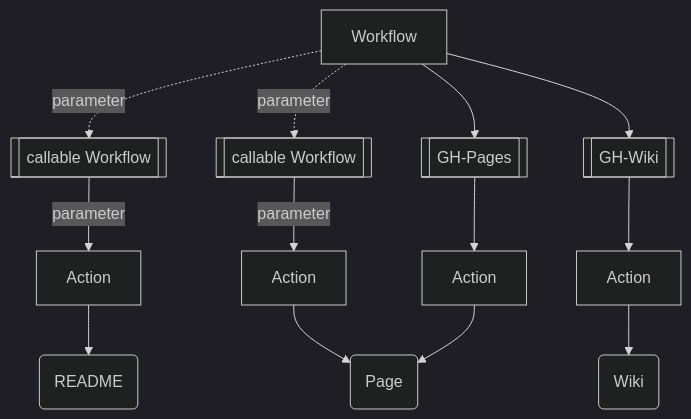
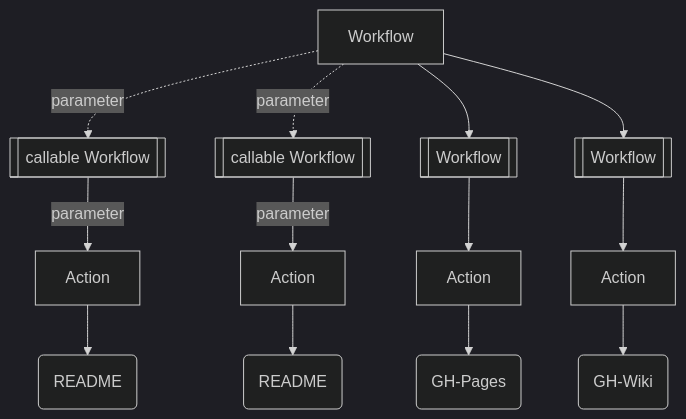
One commit to Zheng-Bote/repo-template changed the third of 5 diagrams in README.md. Above: the diagram before and after it, drawn with Mermaid (dark theme). The commit also changed other lines of this file, not shown here.

Commit message:
feat: README extenden

````diff
--- a/README.md
+++ b/README.md
@@ -226,15 +226,18 @@
 ```mermaid
 flowchart TD;
     A[Workflow]-. parameter .->B[[callable Workflow]]
-    A[Workflow]-. parameter .->C[[callable Workflow]]
-    A[Workflow]-->D[["GH-Pages"]]
-    A[Workflow]-->E[["GH-Wiki"]]
-    B-- parameter -->F[Action]
-    C-- parameter -->G[Action]
-    D-->H[Action]
-    E-->I[Action]
+    B-- parameter -->C[Action]
+    C-->D(README)
+
+    A[Workflow]-. parameter .->E[[callable Workflow]]
+    E-- parameter -->F[Action]
     F-->J(README)
-    G-->K(Markdown files);
-    H-->K(Page);
-    I-->L(Wiki);
+
+    A[Workflow]-->K[[Workflow]]
+    K-->L[Action]
+    L-->M("GH-Pages")
+
+    A[Workflow]-->N[[Workflow]]
+    N-->O[Action]
+    O-->P("GH-Wiki")
 ```
````
